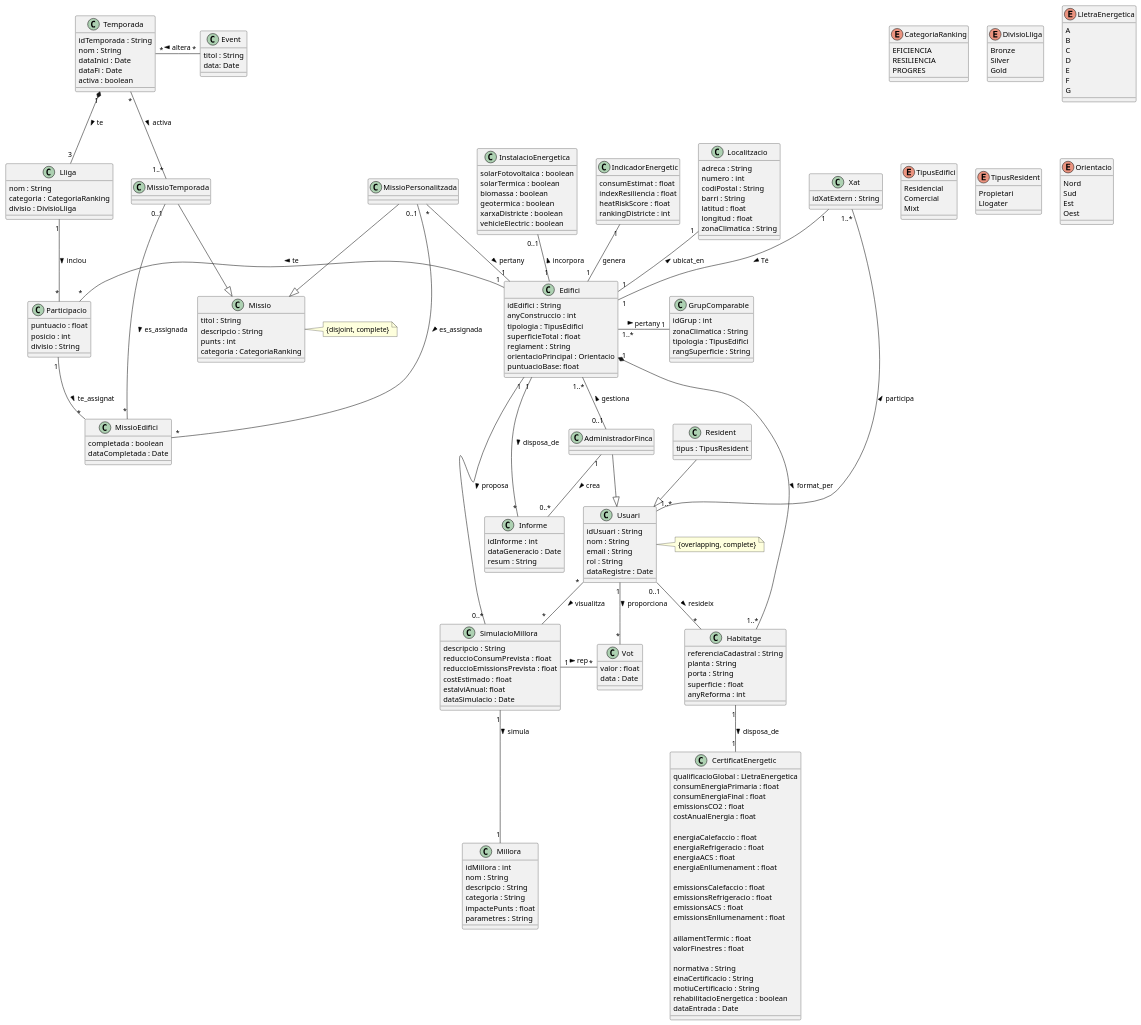
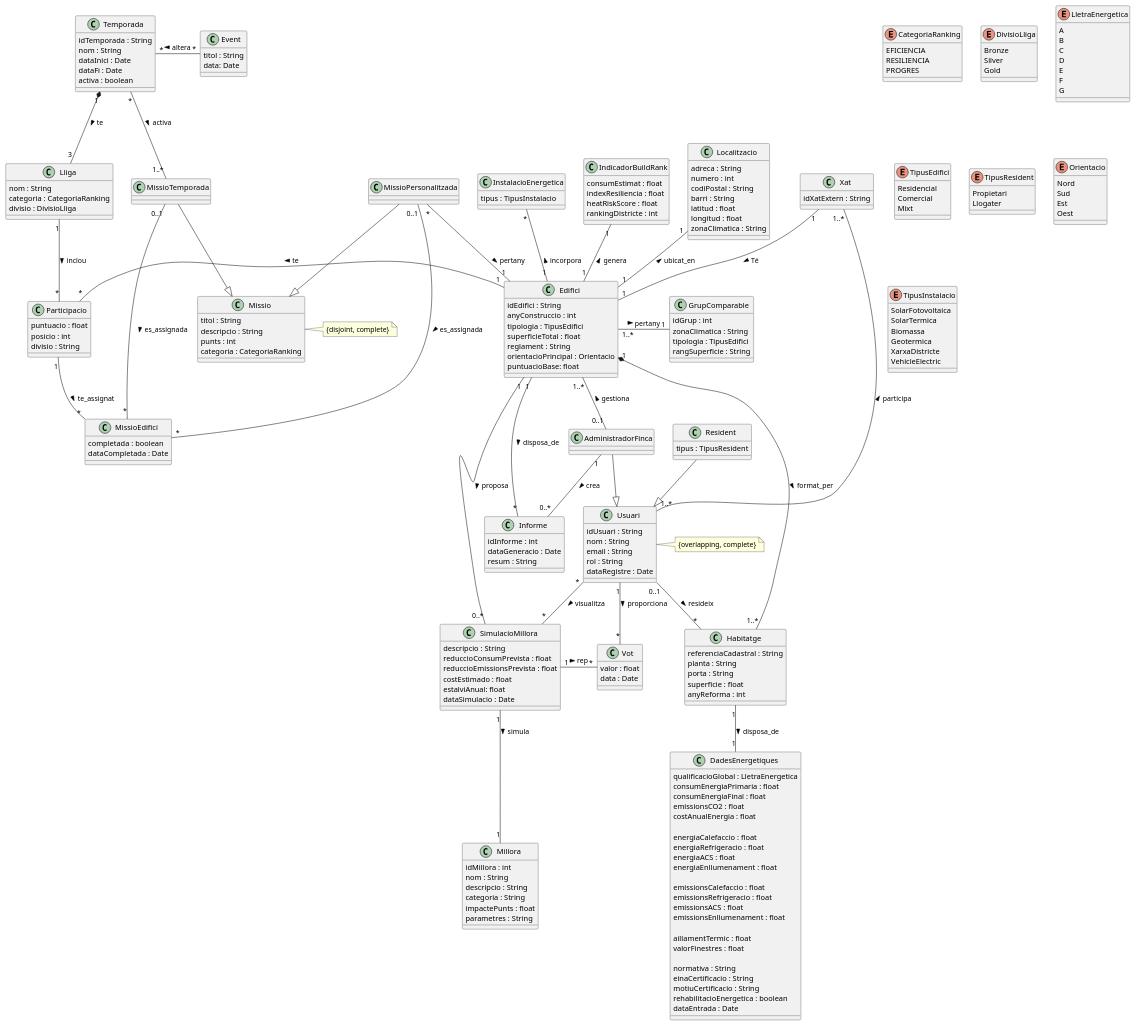
Before and after one commit to ScoreLab-Team/Backend-BuildRank: the diagram in src/diagram.puml, drawn with PlantUML.

Commit message:
Rename classes for clarity: CertificatEnergetic to DadesEnergetiques, IndicadorEnergetic to IndicadorBuildRank; update UML relationships and add TipusInstalacio enum

```diff
--- a/src/diagram.puml
+++ b/src/diagram.puml
@@ -27,7 +27,7 @@
   longitud : float
   zonaClimatica : String
 }
-class CertificatEnergetic {
+class DadesEnergetiques {
     qualificacioGlobal : LletraEnergetica
     consumEnergiaPrimaria : float
     consumEnergiaFinal : float
@@ -54,7 +54,7 @@
     dataEntrada : Date
 }
 
-class IndicadorEnergetic {
+class IndicadorBuildRank {
   consumEstimat : float
   indexResiliencia : float
   heatRiskScore : float
@@ -75,12 +75,7 @@
 class AdministradorFinca{}
 
 class InstalacioEnergetica {
-  solarFotovoltaica : boolean
-  solarTermica : boolean
-  biomassa : boolean
-  geotermica : boolean
-  xarxaDistricte : boolean
-  vehicleElectric : boolean
+  tipus : TipusInstalacio
 }
 
 class Temporada {
@@ -198,17 +193,26 @@
   Oest
 }
 
+enum TipusInstalacio {
+  SolarFotovoltaica
+  SolarTermica
+  Biomassa
+  Geotermica
+  XarxaDistricte
+  VehicleElectric
+}
+
 ' Relacions
 Edifici "1" -up- "1" Localitzacio : ubicat_en >
 Edifici "1" *-- "1..*" Habitatge : format_per >
-Habitatge "1" -- "1" CertificatEnergetic : disposa_de >
-Edifici "1" -up- "1" IndicadorEnergetic : genera
+Habitatge "1" -- "1" DadesEnergetiques : disposa_de >
+Edifici "1" -up- "1" IndicadorBuildRank : genera >
 Edifici "1" -- "*" Informe : disposa_de >
 
 ' Per un habitatge només hi haurà un compte d'usuari
 Usuari "0..1" -- "*" Habitatge : resideix >
 Edifici "1..*" -- "0..1" AdministradorFinca : gestiona <
-Edifici "1" -up- "0..1" InstalacioEnergetica : incorpora >
+Edifici "1" -up- "*" InstalacioEnergetica : incorpora >
 AdministradorFinca --|> Usuari
 Resident --|> Usuari
 AdministradorFinca "1" -- "0..*" Informe : crea >
```
